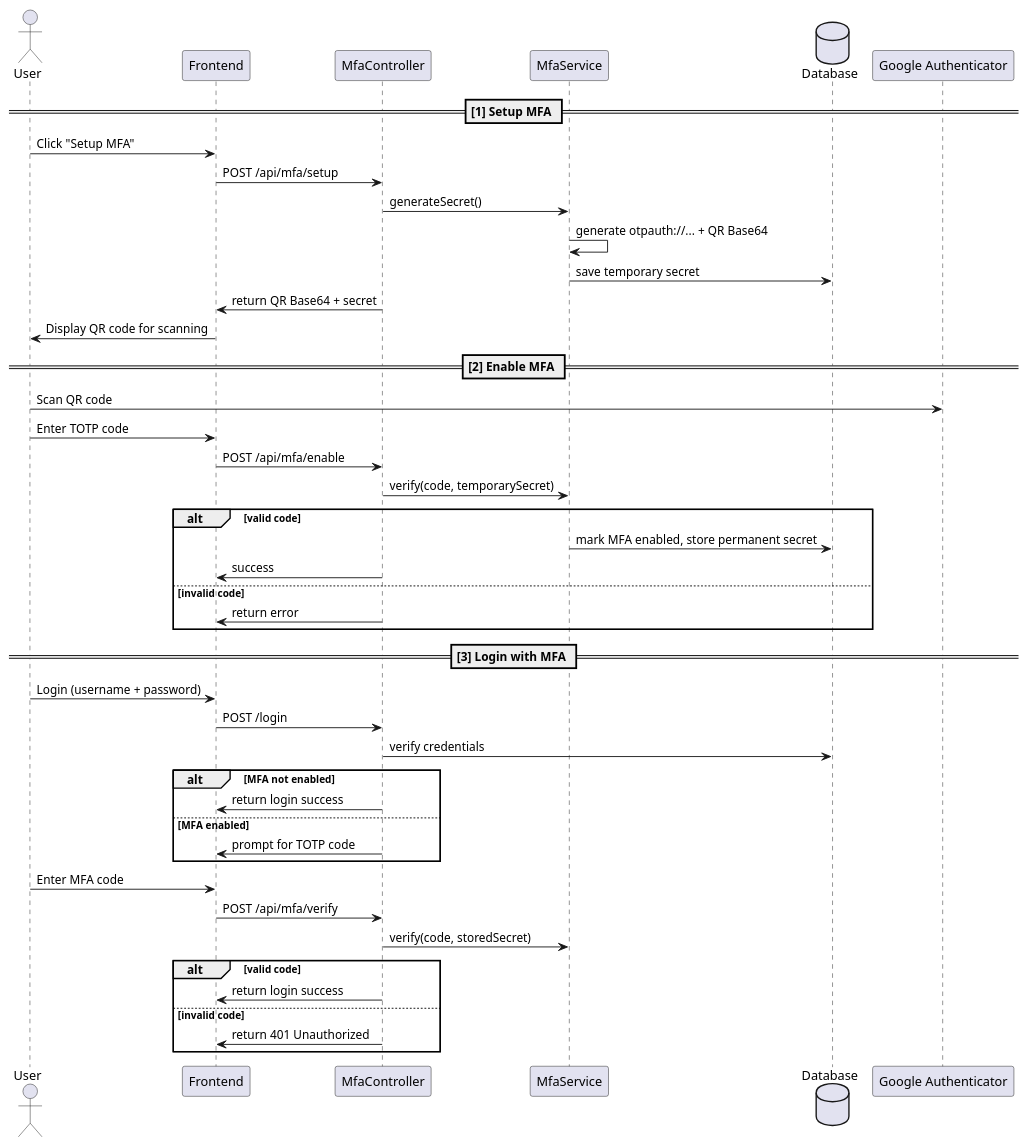
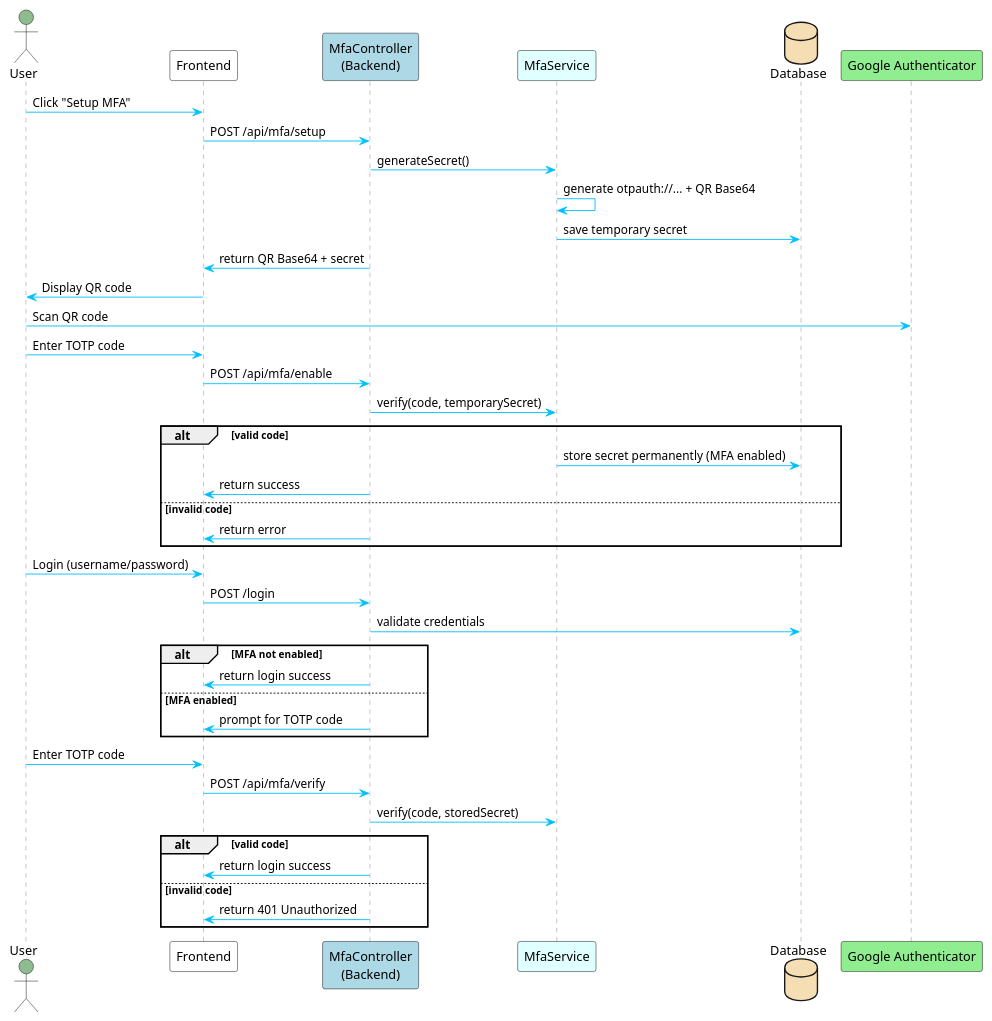
Before and after one commit to nguyenhuuca/assessment: the diagram in doc/mfa_flow.puml, drawn with PlantUML.

Commit message:
update MFA

```diff
--- a/doc/mfa_flow.puml
+++ b/doc/mfa_flow.puml
@@ -1,52 +1,67 @@
 @startuml
-actor User
-participant "Frontend" as FE
-participant "MfaController" as BE
-participant "MfaService"
-database "Database" as DB
-participant "Google Authenticator" as GA
+' Enable color theme
+skinparam sequence {
+    ArrowColor DeepSkyBlue
+    ActorBorderColor black
+    LifeLineBorderColor gray
+    LifeLineBackgroundColor #DDDDDD
+    ParticipantBorderColor black
+    ParticipantBackgroundColor #E0F7FA
+    BoxBackgroundColor #FFF9C4
+    NoteBackgroundColor #FFECB3
+    NoteBorderColor black
+}
 
-== [1] Setup MFA ==
+actor User #DarkSeaGreen
+participant "Frontend" as FE #White
+participant "MfaController\n(Backend)" as BE #LightBlue
+participant "MfaService" #LightCyan
+database "Database" as DB #Wheat
+participant "Google Authenticator" as GA #LightGreen
 
-User -> FE : Click "Setup MFA"
-FE -> BE : POST /api/mfa/setup
-BE -> MfaService : generateSecret()
-MfaService -> MfaService : generate otpauth://... + QR Base64
-MfaService -> DB : save temporary secret
-BE -> FE : return QR Base64 + secret
-FE -> User : Display QR code for scanning
+box "1. Setup MFA"
+    User -> FE : Click "Setup MFA"
+    FE -> BE : POST /api/mfa/setup
+    BE -> MfaService : generateSecret()
+    MfaService -> MfaService : generate otpauth://... + QR Base64
+    MfaService -> DB : save temporary secret
+    BE -> FE : return QR Base64 + secret
+    FE -> User : Display QR code
+end box
 
-== [2] Enable MFA ==
+box "2. Enable MFA"
+    User -> GA : Scan QR code
+    User -> FE : Enter TOTP code
+    FE -> BE : POST /api/mfa/enable
+    BE -> MfaService : verify(code, temporarySecret)
+    alt valid code
+        MfaService -> DB : store secret permanently (MFA enabled)
+        BE -> FE : return success
+    else invalid code
+        BE -> FE : return error
+    end
+end box
 
-User -> GA : Scan QR code
-User -> FE : Enter TOTP code
-FE -> BE : POST /api/mfa/enable
-BE -> MfaService : verify(code, temporarySecret)
-alt valid code
-    MfaService -> DB : mark MFA enabled, store permanent secret
-    BE -> FE : success
-else invalid code
-    BE -> FE : return error
-end
+box "3. Login"
+    User -> FE : Login (username/password)
+    FE -> BE : POST /login
+    BE -> DB : validate credentials
+    alt MFA not enabled
+        BE -> FE : return login success
+    else MFA enabled
+        BE -> FE : prompt for TOTP code
+    end
+end box
 
-== [3] Login with MFA ==
-
-User -> FE : Login (username + password)
-FE -> BE : POST /login
-BE -> DB : verify credentials
-alt MFA not enabled
-    BE -> FE : return login success
-else MFA enabled
-    BE -> FE : prompt for TOTP code
-end
-
-User -> FE : Enter MFA code
-FE -> BE : POST /api/mfa/verify
-BE -> MfaService : verify(code, storedSecret)
-alt valid code
-    BE -> FE : return login success
-else invalid code
-    BE -> FE : return 401 Unauthorized
-end
+box "4. Verify MFA"
+    User -> FE : Enter TOTP code
+    FE -> BE : POST /api/mfa/verify
+    BE -> MfaService : verify(code, storedSecret)
+    alt valid code
+        BE -> FE : return login success
+    else invalid code
+        BE -> FE : return 401 Unauthorized
+    end
+end box
 
 @enduml
```
